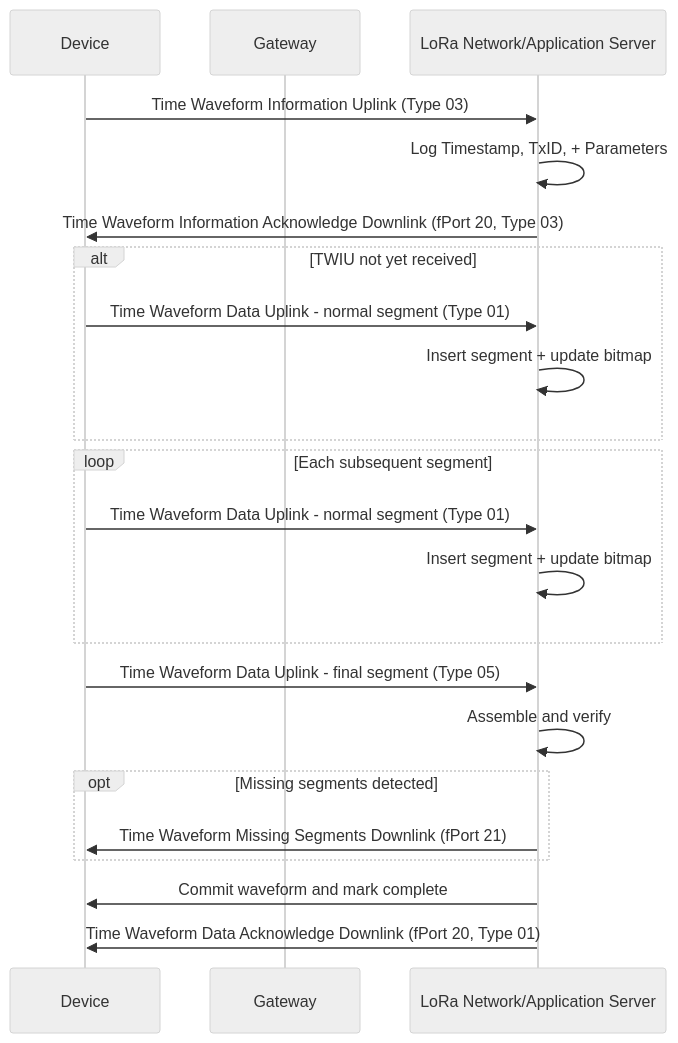
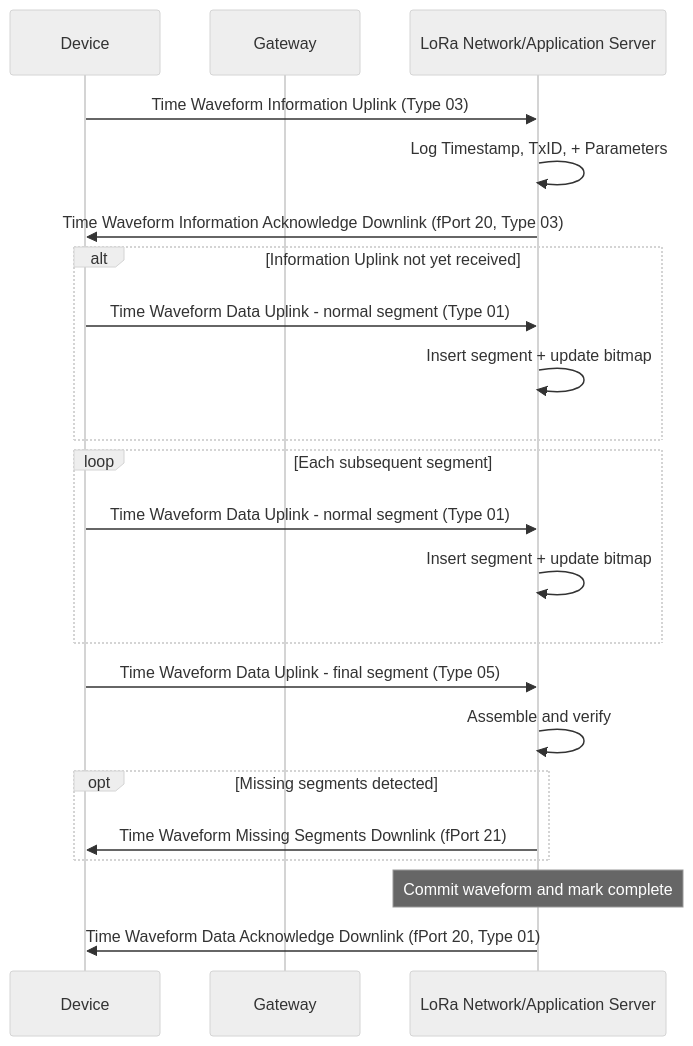
Before and after one commit to Machine-Saver-Inc/AirVibe_LoRaWAN_Wiki: the diagram in public/assets/time-waveform-transfer.mmd, drawn with Mermaid (neutral theme). The commit also changed 9 other files, not shown here.

```diff
--- a/public/assets/time-waveform-transfer.mmd
+++ b/public/assets/time-waveform-transfer.mmd
@@ -1,31 +1,31 @@
 sequenceDiagram
   participant Dev as Device
   participant Act as Gateway
   participant MQ as LoRa Network/Application Server
 
 
   %% --- Start of waveform ---
   Dev->>MQ: Time Waveform Information Uplink (Type 03)
   MQ->>MQ: Log Timestamp, TxID, + Parameters
   MQ->>Dev: Time Waveform Information Acknowledge Downlink (fPort 20, Type 03)
 
-  %% --- Segments may arrive before TWIU ---
-  alt TWIU not yet received
+  %% --- Segments may arrive before Information Uplink ---
+  alt Information Uplink not yet received
     Dev->>MQ: Time Waveform Data Uplink - normal segment (Type 01)
     MQ->>MQ: Insert segment + update bitmap
   end
 
   %% --- Main transfer loop ---
   loop Each subsequent segment
     Dev->>MQ: Time Waveform Data Uplink - normal segment (Type 01)
     MQ->>MQ: Insert segment + update bitmap
   end
 
   %% --- Finalization ---
   Dev->>MQ: Time Waveform Data Uplink - final segment (Type 05)
   MQ->>MQ: Assemble and verify
     opt Missing segments detected
     MQ->>Dev: Time Waveform Missing Segments Downlink (fPort 21)
   end
-  MQ->>Dev: Commit waveform and mark complete
+  Note over MQ: Commit waveform and mark complete
   MQ->>Dev: Time Waveform Data Acknowledge Downlink (fPort 20, Type 01)
```
